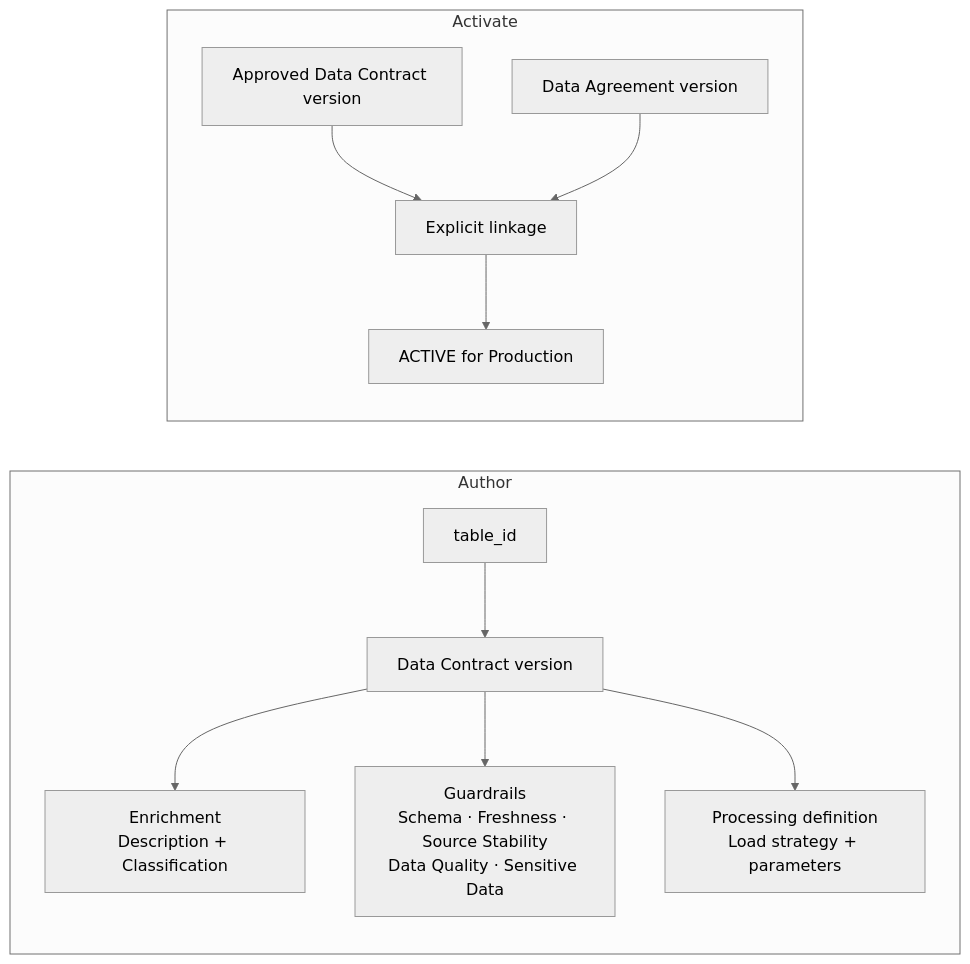
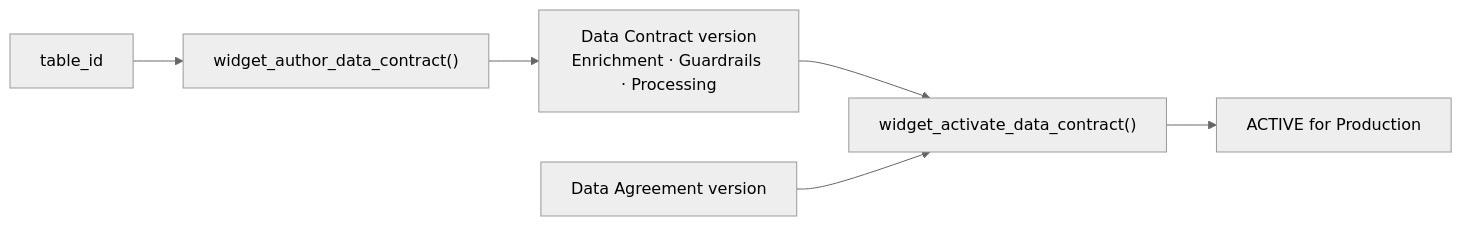
The fifth of 5 diagrams in docs/how-fabricops-works.md (Voycepeh/FabricOps-Starter-Kit), drawn with Mermaid (neutral theme) before and after one commit. The commit also changed other lines of this file, not shown here.

````diff
--- a/docs/how-fabricops-works.md
+++ b/docs/how-fabricops-works.md
@@ -212,14 +212,8 @@
     ```mermaid
     flowchart LR
-        subgraph AUTHOR[Author]
-            TABLE["table_id"] --> CONTRACT["Data Contract version"]
-            CONTRACT --> ENRICH["Enrichment<br/>Description + Classification"]
-            CONTRACT --> RULES["Guardrails<br/>Schema · Freshness · Source Stability<br/>Data Quality · Sensitive Data"]
-            CONTRACT --> PROCESS["Processing definition<br/>Load strategy + parameters"]
-        end
-        subgraph ACTIVATE[Activate]
-            CONTRACT_VERSION["Approved Data Contract version"] --> LINK["Explicit linkage"]
-            AGREEMENT["Data Agreement version"] --> LINK
-            LINK --> ACTIVE["ACTIVE for Production"]
-        end
+        TABLE["table_id"] --> AUTHOR["widget_author_data_contract()"]
+        AUTHOR --> CONTRACT["Data Contract version<br/>Enrichment · Guardrails · Processing"]
+        CONTRACT --> ACTIVATE["widget_activate_data_contract()"]
+        AGREEMENT["Data Agreement version"] --> ACTIVATE
+        ACTIVATE --> ACTIVE["ACTIVE for Production"]
     ```
````
